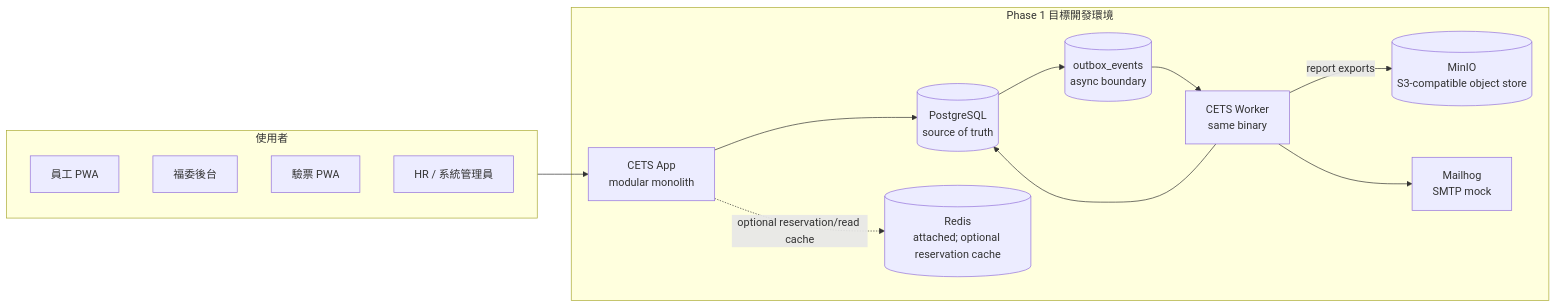
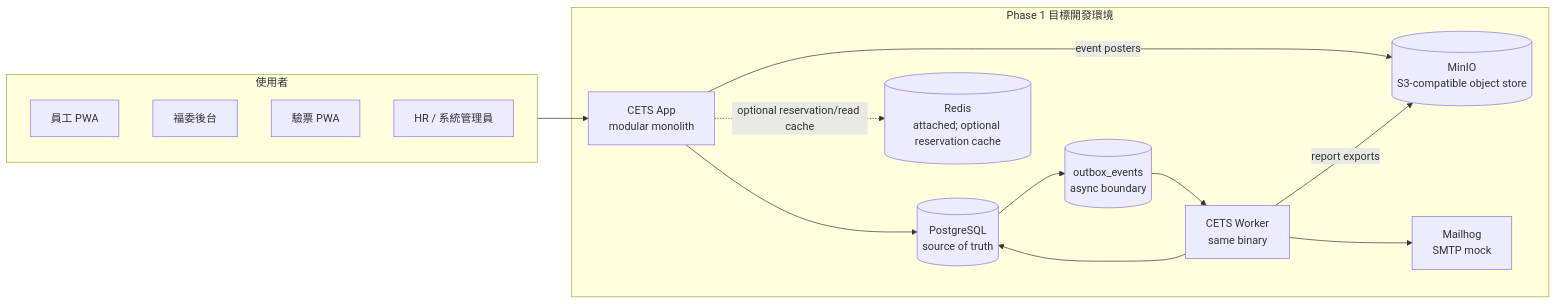
Before and after one commit to gilbert12tw/Event-Ticket-System: the first of 5 diagrams in docs/ARCHITECTURE.md, drawn with Mermaid. The commit also changed other lines of this file and 8 other files, not shown here.

````diff
--- a/docs/ARCHITECTURE.md
+++ b/docs/ARCHITECTURE.md
@@ -51,28 +51,29 @@
 ```mermaid
 flowchart LR
   subgraph USERS["使用者"]
     EMP["員工 PWA"]
     ADMIN["福委後台"]
     STAFF["驗票 PWA"]
     HRUSER["HR / 系統管理員"]
   end
 
   subgraph COMPOSE["Phase 1 目標開發環境"]
     APP["CETS App\nmodular monolith"]
     DB[("PostgreSQL\nsource of truth")]
     OUTBOX[("outbox_events\nasync boundary")]
     REDIS[("Redis\nattached; optional reservation cache")]
     OBJ[("MinIO\nS3-compatible object store")]
     MAIL["Mailhog\nSMTP mock"]
     WORKER["CETS Worker\nsame binary"]
   end
 
   USERS --> APP
   APP --> DB
   DB --> OUTBOX
   APP -.->|optional reservation/read cache| REDIS
+  APP -->|event posters| OBJ
   WORKER -->|report exports| OBJ
   OUTBOX --> WORKER
   WORKER --> MAIL
   WORKER --> DB
 ```
````
